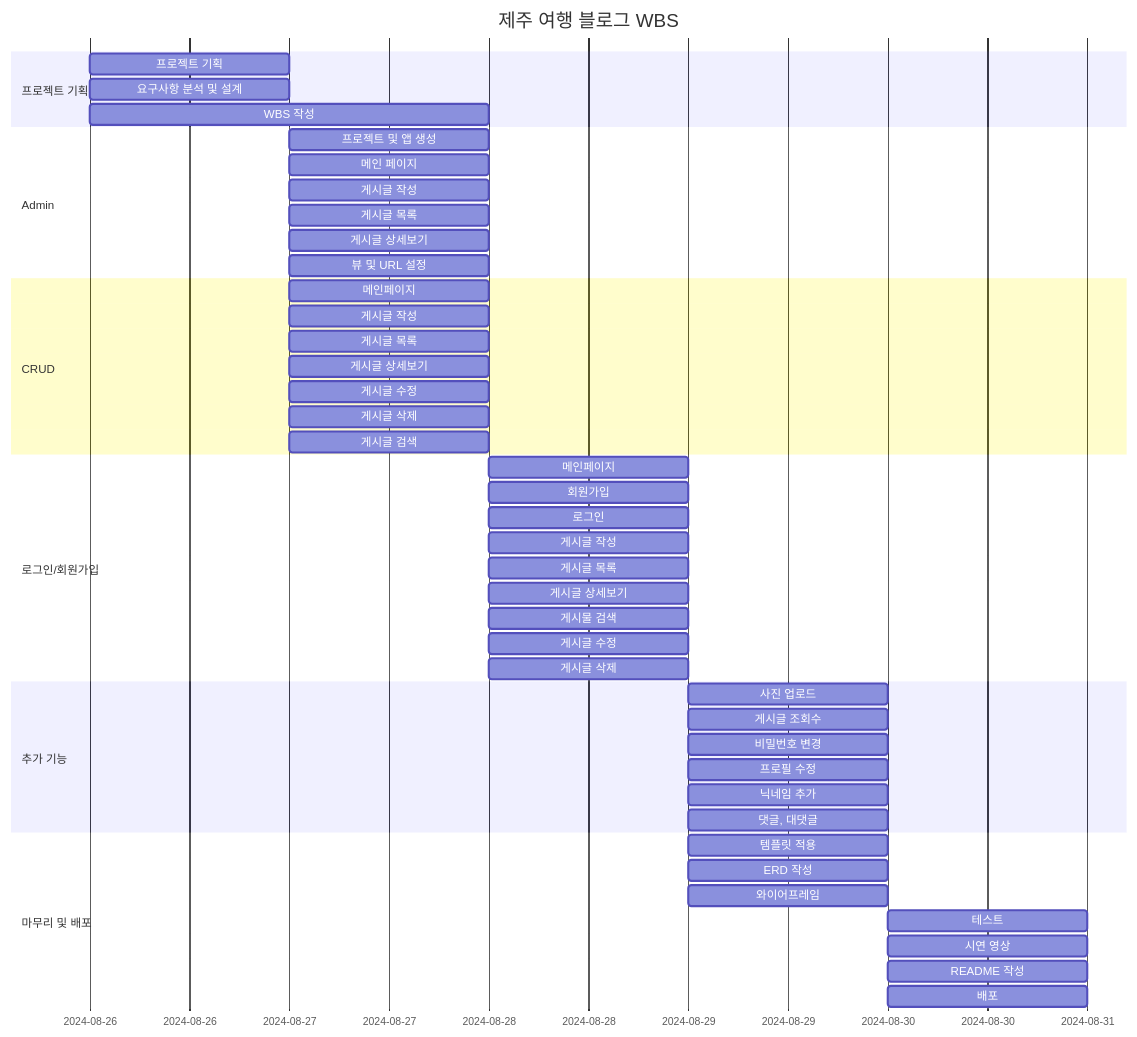
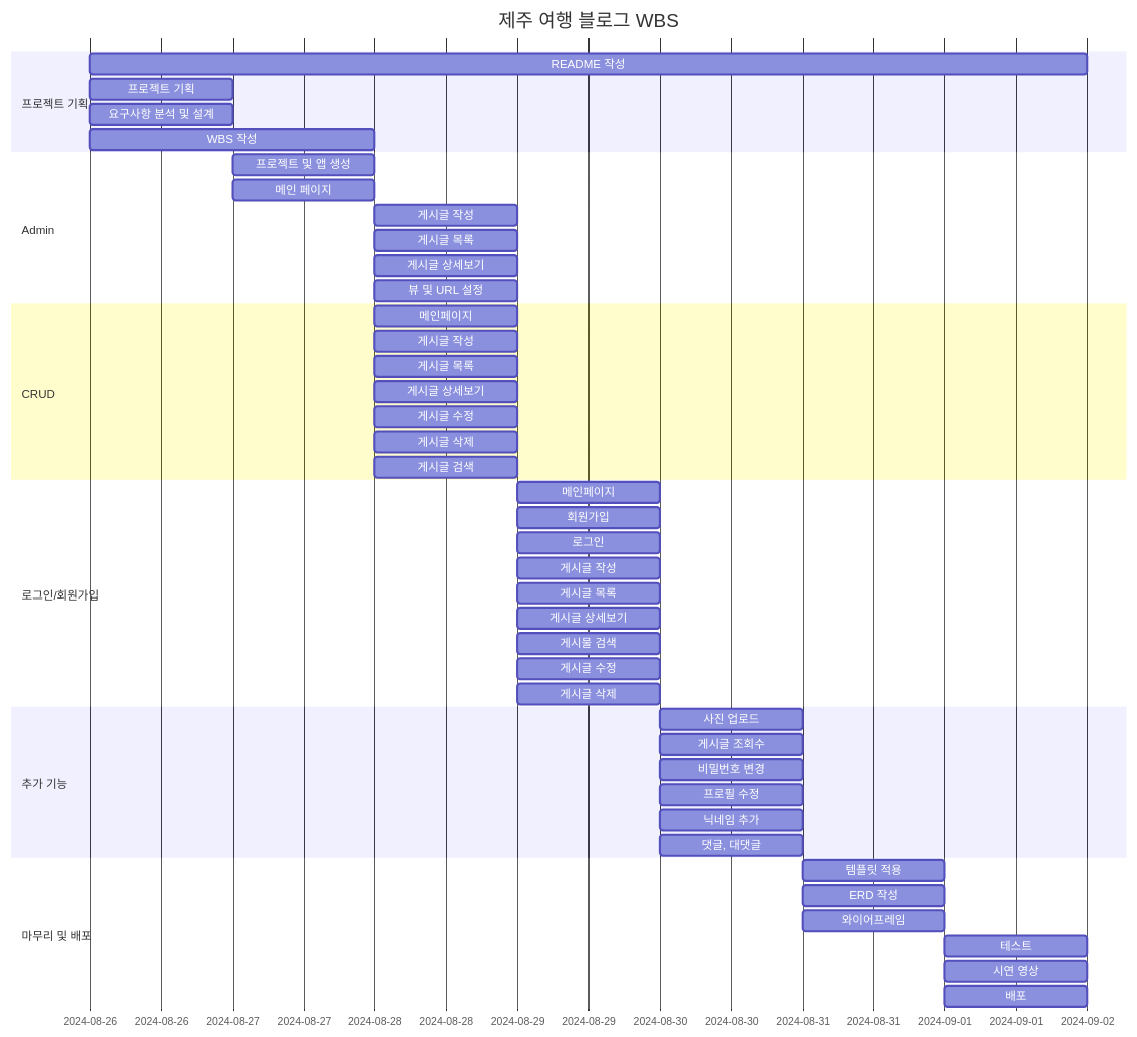
One commit to whaehofk521/Django_JejuTravelBlog changed the diagram in README.md. Above: the diagram before and after it, drawn with Mermaid.

````diff
--- a/README.md
+++ b/README.md
@@ -11,51 +11,51 @@
 ```mermaid
 gantt
     title 제주 여행 블로그 WBS
     dateFormat  YYYY-MM-DD
     section 프로젝트 기획
+    README 작성 :2024-08-26, 7d
     프로젝트 기획   :2024-08-26, 1d
-    요구사항 분석 및 설계        :2024-08-26, 1d
+    요구사항 분석 및 설계 :2024-08-26, 1d
     WBS 작성 :2024-08-26, 2d
     section Admin
     프로젝트 및 앱 생성   :2024-08-27, 1d
     메인 페이지 :2024-08-27, 1d
-    게시글 작성 : 2024-08-27, 1d
-    게시글 목록 :2024-08-27, 1d
-    게시글 상세보기 : 2024-08-27, 1d
-    뷰 및 URL 설정               :2024-08-27, 1d
+    게시글 작성 : 2024-08-28, 1d
+    게시글 목록 :2024-08-28, 1d
+    게시글 상세보기 : 2024-08-28, 1d
+    뷰 및 URL 설정 :2024-08-28, 1d
     section CRUD
-    메인페이지 :2024-08-27, 1d
-    게시글 작성 :2024-08-27, 1d
-    게시글 목록 :2024-08-27, 1d
-    게시글 상세보기 :2024-08-27, 1d
-    게시글 수정 :2024-08-27, 1d
-    게시글 삭제 :2024-08-27, 1d
-    게시글 검색 :2024-08-27, 1d
-    %% 모델 설계 및 구현            :2024-08-27, 1d
-    section 로그인/회원가입
     메인페이지 :2024-08-28, 1d
-    회원가입 :2024-08-28, 1d
-    로그인 :2024-08-28, 1d
     게시글 작성 :2024-08-28, 1d
     게시글 목록 :2024-08-28, 1d
     게시글 상세보기 :2024-08-28, 1d
-    게시물 검색 :2024-08-28, 1d
     게시글 수정 :2024-08-28, 1d
     게시글 삭제 :2024-08-28, 1d
+    게시글 검색 :2024-08-28, 1d
+    %% 모델 설계 및 구현 :2024-08-27, 1d
+    section 로그인/회원가입
+    메인페이지 :2024-08-29, 1d
+    회원가입 :2024-08-29, 1d
+    로그인 :2024-08-29, 1d
+    게시글 작성 :2024-08-29, 1d
+    게시글 목록 :2024-08-29, 1d
+    게시글 상세보기 :2024-08-29, 1d
+    게시물 검색 :2024-08-29, 1d
+    게시글 수정 :2024-08-29, 1d
+    게시글 삭제 :2024-08-29, 1d
     section 추가 기능
-    사진 업로드 :2024-08-29, 1d
-    게시글 조회수 :2024-08-29, 1d
-    비밀번호 변경 :2024-08-29, 1d
-    프로필 수정 :2024-08-29, 1d
-    닉네임 추가 :2024-08-29, 1d
-    댓글, 대댓글 :2024-08-29, 1d
+    사진 업로드 :2024-08-30, 1d
+    게시글 조회수 :2024-08-30, 1d
+    비밀번호 변경 :2024-08-30, 1d
+    프로필 수정 :2024-08-30, 1d
+    닉네임 추가 :2024-08-30, 1d
+    댓글, 대댓글 :2024-08-30, 1d
     section 마무리 및 배포
-    템플릿 적용 :2024-08-29, 1d
-    ERD 작성 :2024-08-29, 1d
-    와이어프레임 :2024-08-29, 1d
+    템플릿 적용 :2024-08-31, 1d
+    ERD 작성 :2024-08-31, 1d
+    와이어프레임 :2024-08-31, 1d
     %% section 테스트 및 배포
-    테스트 :2024-08-30, 1d
-    시연 영상 :2024-08-30, 1d
-    README 작성 :2024-08-30, 1d
-    배포 :2024-08-30, 1d
+    테스트 :2024-09-01, 1d
+    시연 영상 :2024-09-01, 1d
+    배포 :2024-09-01, 1d
 ```
````
